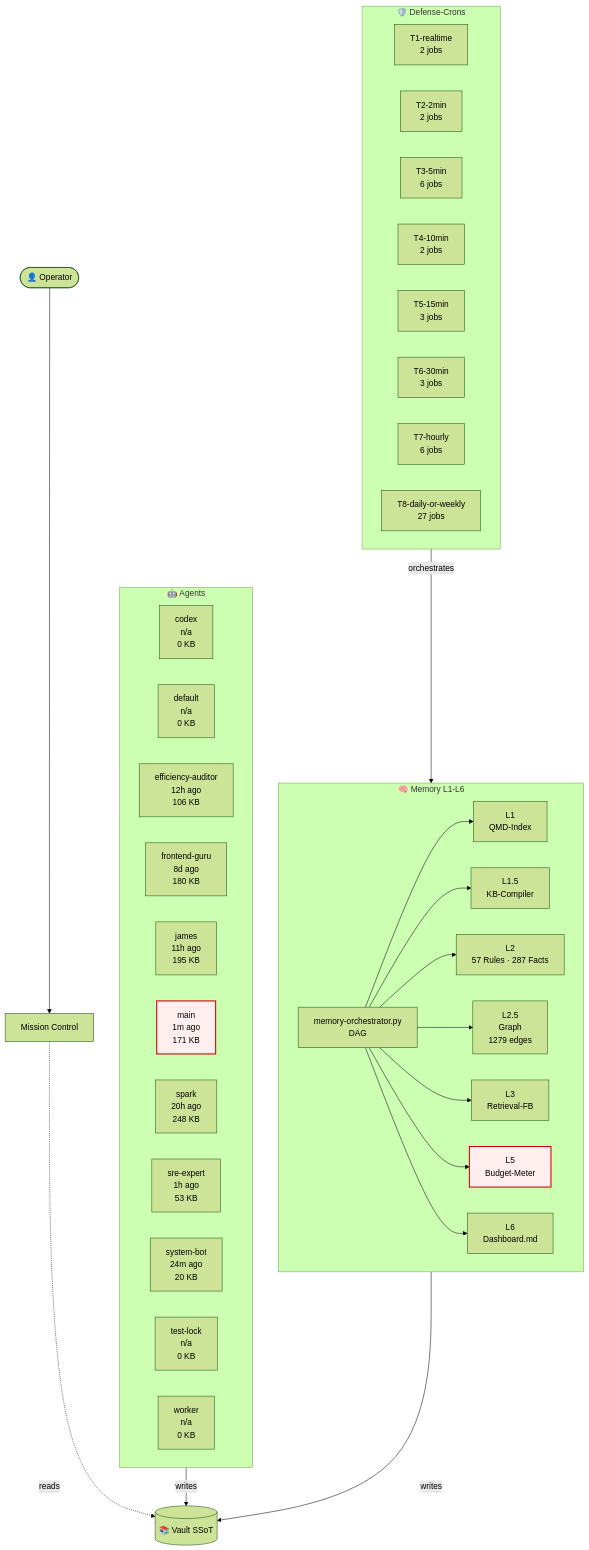
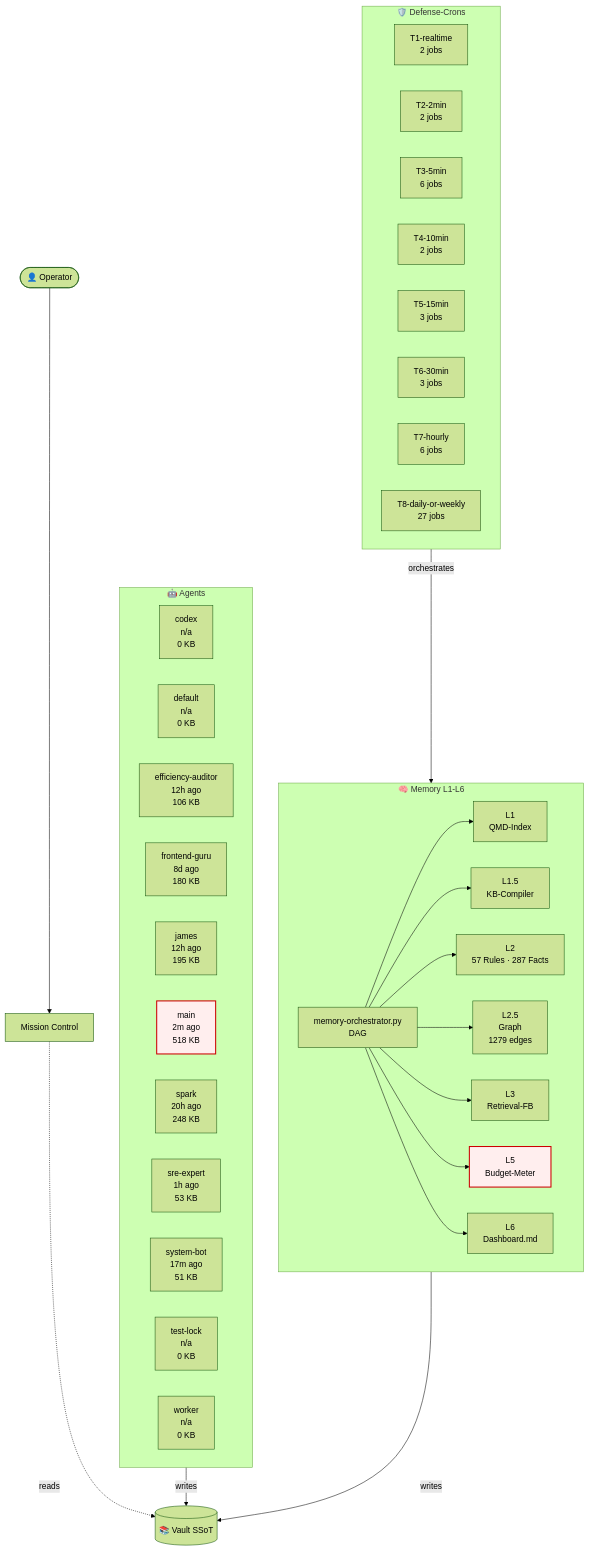
Before and after one commit to lenardhuebner88-rgb/openclaw-memory: the diagram in 03-Agents/architecture-live.md, drawn with Mermaid (forest theme). The commit also changed other lines of this file and 2 other files, not shown here.

````diff
--- a/03-Agents/architecture-live.md
+++ b/03-Agents/architecture-live.md
@@ -18,54 +18,54 @@
 ```mermaid
 flowchart TB
     classDef critical fill:#fee,stroke:#c00,stroke-width:2px;
     subgraph AGT["🤖 Agents"]
         agent_codex["codex<br/>n/a<br/>0 KB"]
         agent_default["default<br/>n/a<br/>0 KB"]
         agent_efficiency_auditor["efficiency-auditor<br/>12h ago<br/>106 KB"]
         agent_frontend_guru["frontend-guru<br/>8d ago<br/>180 KB"]
-        agent_james["james<br/>11h ago<br/>195 KB"]
-        agent_main["main<br/>1m ago<br/>171 KB"]
+        agent_james["james<br/>12h ago<br/>195 KB"]
+        agent_main["main<br/>2m ago<br/>518 KB"]
         agent_spark["spark<br/>20h ago<br/>248 KB"]
         agent_sre_expert["sre-expert<br/>1h ago<br/>53 KB"]
-        agent_system_bot["system-bot<br/>24m ago<br/>20 KB"]
+        agent_system_bot["system-bot<br/>17m ago<br/>51 KB"]
         agent_test_lock["test-lock<br/>n/a<br/>0 KB"]
         agent_worker["worker<br/>n/a<br/>0 KB"]
     end
     subgraph MEM["🧠 Memory L1-L6"]
         L1["L1<br/>QMD-Index"]
         L15["L1.5<br/>KB-Compiler"]
         L2["L2<br/>57 Rules · 287 Facts"]
         L25["L2.5<br/>Graph<br/>1279 edges"]
         L3["L3<br/>Retrieval-FB"]
         L5["L5<br/>Budget-Meter"]
         L6["L6<br/>Dashboard.md"]
         ORCH["memory-orchestrator.py<br/>DAG"]
     end
     subgraph CRN["🛡️ Defense-Crons"]
         tier_T1_realtime["T1-realtime<br/>2 jobs"]
         tier_T2_2min["T2-2min<br/>2 jobs"]
         tier_T3_5min["T3-5min<br/>6 jobs"]
         tier_T4_10min["T4-10min<br/>2 jobs"]
         tier_T5_15min["T5-15min<br/>3 jobs"]
         tier_T6_30min["T6-30min<br/>3 jobs"]
         tier_T7_hourly["T7-hourly<br/>6 jobs"]
         tier_T8_daily_or_weekly["T8-daily-or-weekly<br/>27 jobs"]
     end
     VAULT[("📚 Vault SSoT")]
     OP([👤 Operator])
     MC["Mission Control"]
     OP --> MC
     MC -.reads.-> VAULT
     AGT -->|writes| VAULT
     MEM -->|writes| VAULT
     ORCH --> L1
     ORCH --> L15
     ORCH --> L2
     ORCH --> L25
     ORCH --> L3
     ORCH --> L5
     ORCH --> L6
     CRN -->|orchestrates| MEM
     class L5 critical
     class agent_main critical
 ```
````
